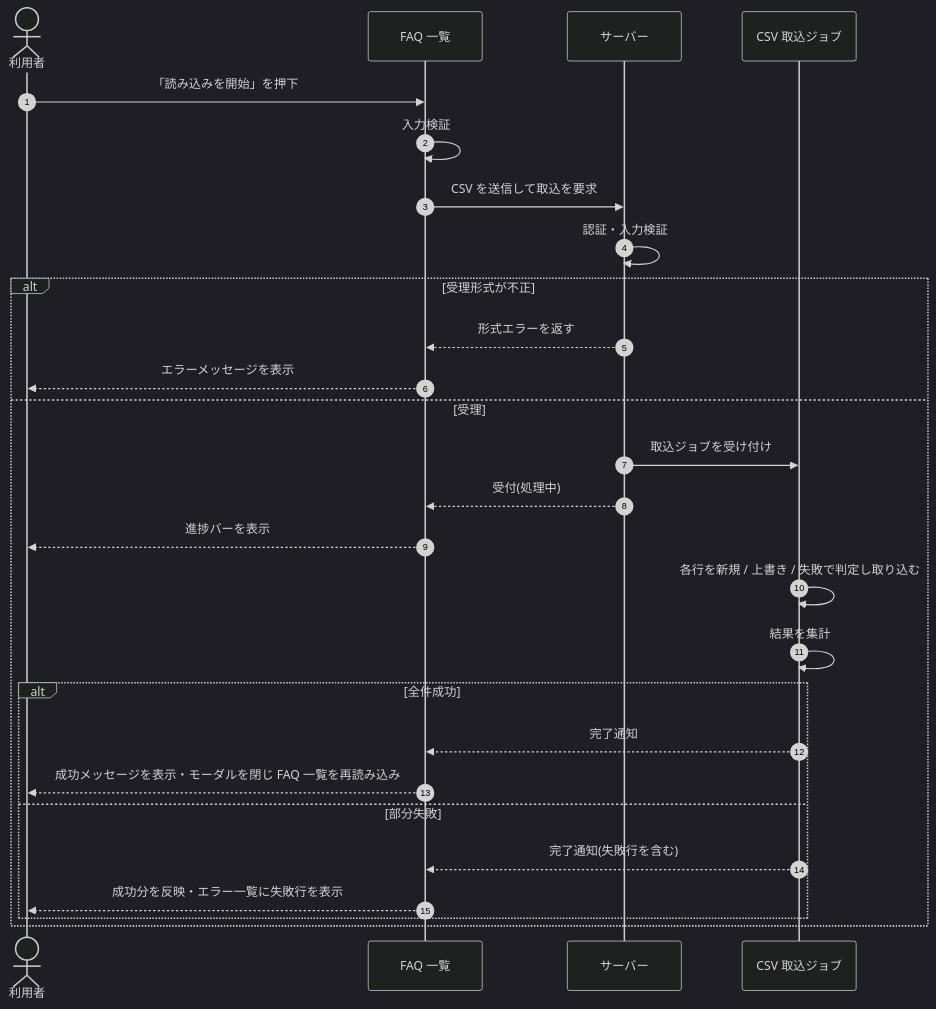
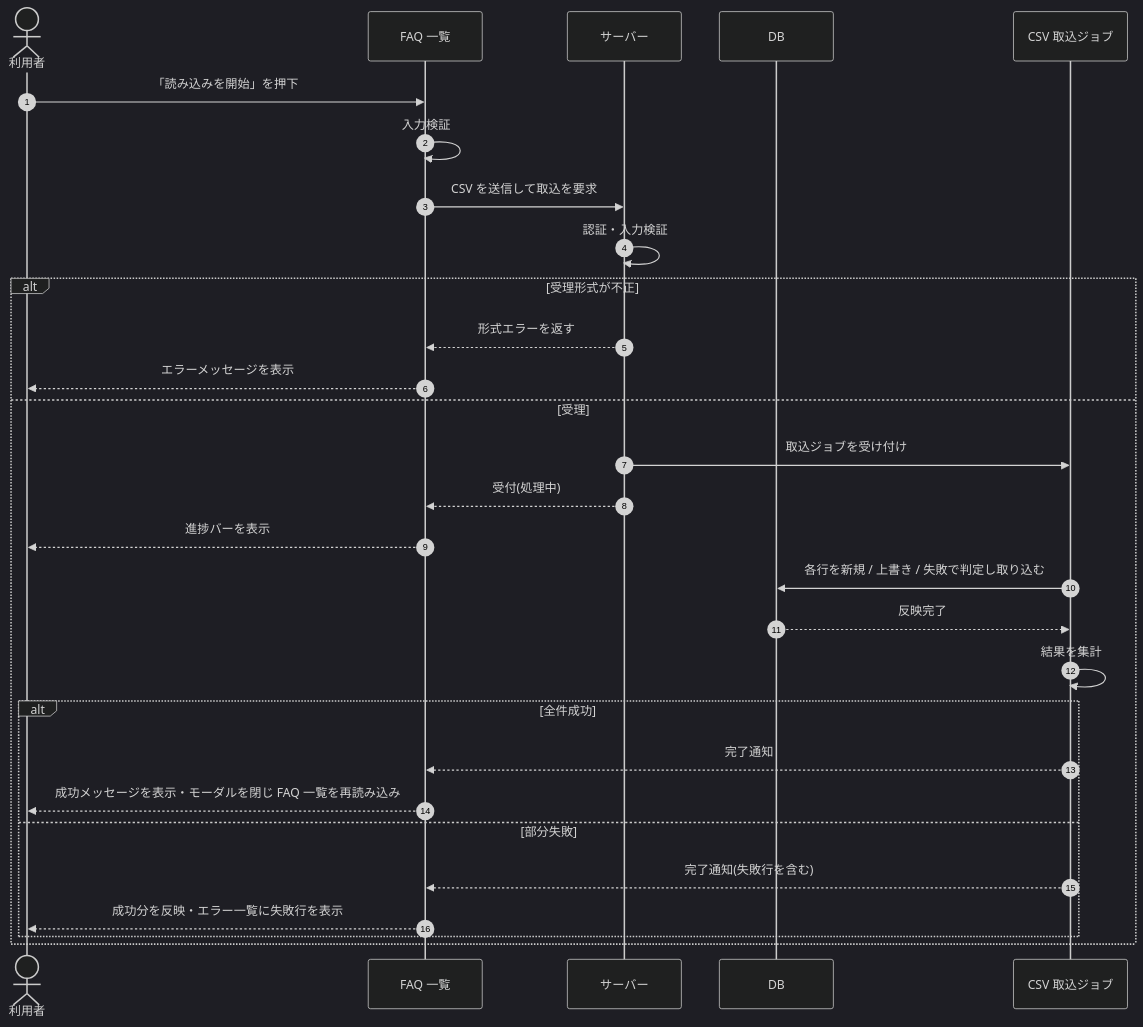
One commit to sikakou54/open-faq changed the diagram in 02_basic_design/03_sequences/SEQ-037.md. Above: the diagram before and after it, drawn with Mermaid (dark theme). The commit also changed other lines of this file and 122 other files, not shown here.

First line of the commit message:
シーケンス図に DB アクターを追加(DB 操作をサーバー自己メッセージから分離)

````diff
--- a/02_basic_design/03_sequences/SEQ-037.md
+++ b/02_basic_design/03_sequences/SEQ-037.md
@@ -26,29 +26,31 @@
 ```mermaid
 sequenceDiagram
   autonumber
   actor U as 利用者
   participant Screen as FAQ 一覧
   participant Server as サーバー
+  participant DB as DB
   participant J as CSV 取込ジョブ
   U->>Screen: 「読み込みを開始」を押下
   Screen->>Screen: 入力検証
   Screen->>Server: CSV を送信して取込を要求
   Server->>Server: 認証・入力検証
   alt 受理形式が不正
     Server-->>Screen: 形式エラーを返す
     Screen-->>U: エラーメッセージを表示
   else 受理
     Server->>J: 取込ジョブを受け付け
     Server-->>Screen: 受付(処理中)
     Screen-->>U: 進捗バーを表示
-    J->>J: 各行を新規 / 上書き / 失敗で判定し取り込む
+    J->>DB: 各行を新規 / 上書き / 失敗で判定し取り込む
+    DB-->>J: 反映完了
     J->>J: 結果を集計
     alt 全件成功
       J-->>Screen: 完了通知
       Screen-->>U: 成功メッセージを表示・モーダルを閉じ FAQ 一覧を再読み込み
     else 部分失敗
       J-->>Screen: 完了通知(失敗行を含む)
       Screen-->>U: 成功分を反映・エラー一覧に失敗行を表示
     end
   end
 ```
````
